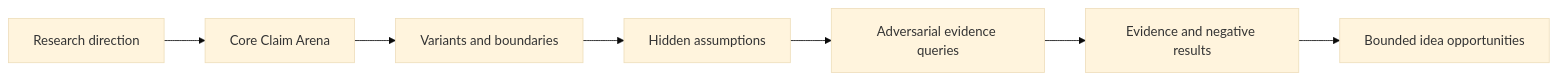
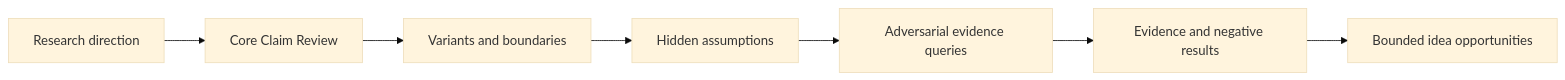
One commit to yueqian-coder/multi changed the diagram in README.md. Above: the diagram before and after it, drawn with Mermaid (base theme). The commit also changed other lines of this file and 6 other files, not shown here.

Commit message:
refactor bilingual claim review workbench

````diff
--- a/README.md
+++ b/README.md
@@ -78,9 +78,9 @@
 ```mermaid
 flowchart LR
-    D["Research direction"] --> C["Core Claim Arena"]
+    D["Research direction"] --> C["Core Claim Review"]
     C --> V["Variants and boundaries"]
     V --> A["Hidden assumptions"]
     A --> Q["Adversarial evidence queries"]
     Q --> E["Evidence and negative results"]
     E --> O["Bounded idea opportunities"]
 ```
````
